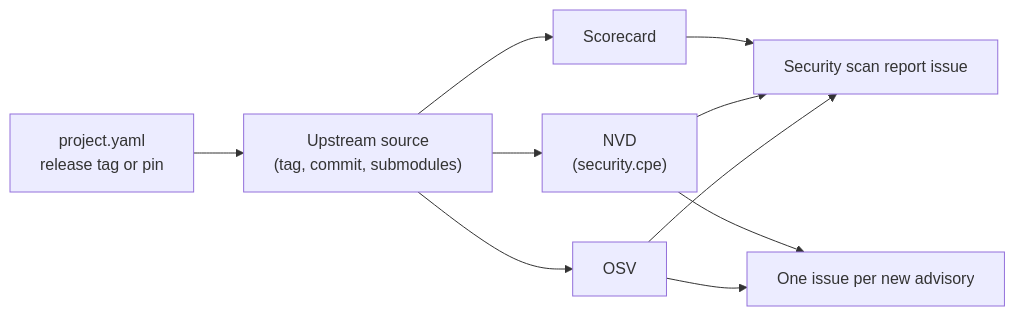
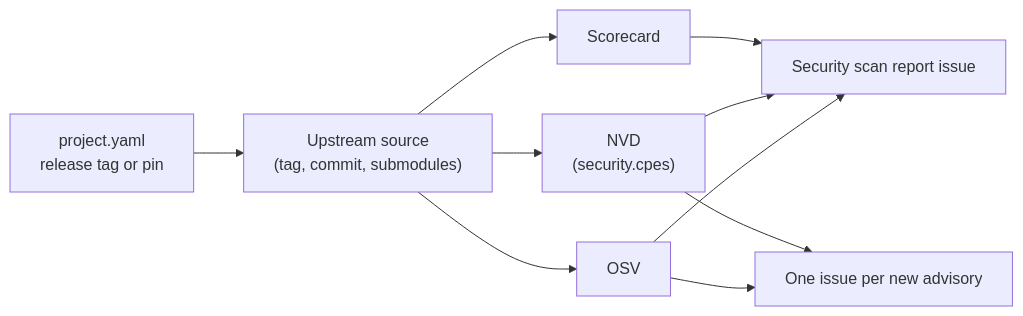
The diagram in docs/security.md (openocean-software/openocean-build), drawn with Mermaid before and after one commit. The commit also changed other lines of this file and 5 other files, not shown here.

First line of the commit message:
Ask NVD about moos-ivp and Wt by their CPEs

````diff
--- a/docs/security.md
+++ b/docs/security.md
@@ -12,9 +12,9 @@
 ```mermaid
 flowchart LR
     config["project.yaml<br/>release tag or pin"] --> source["Upstream source<br/>(tag, commit, submodules)"]
     source --> osv["OSV"]
-    source --> nvd["NVD<br/>(security.cpe)"]
+    source --> nvd["NVD<br/>(security.cpes)"]
     source --> card["Scorecard"]
     osv & nvd & card --> report["Security scan report issue"]
     osv & nvd --> issue["One issue per new advisory"]
 ```
````
